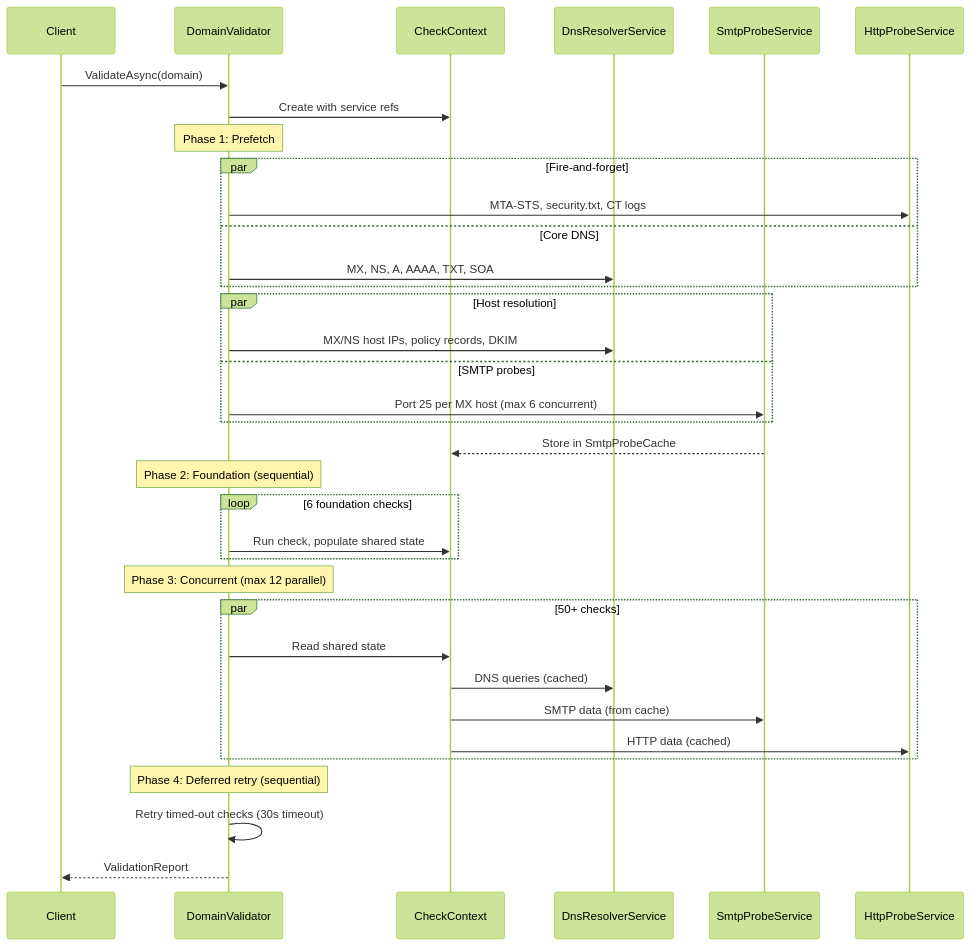
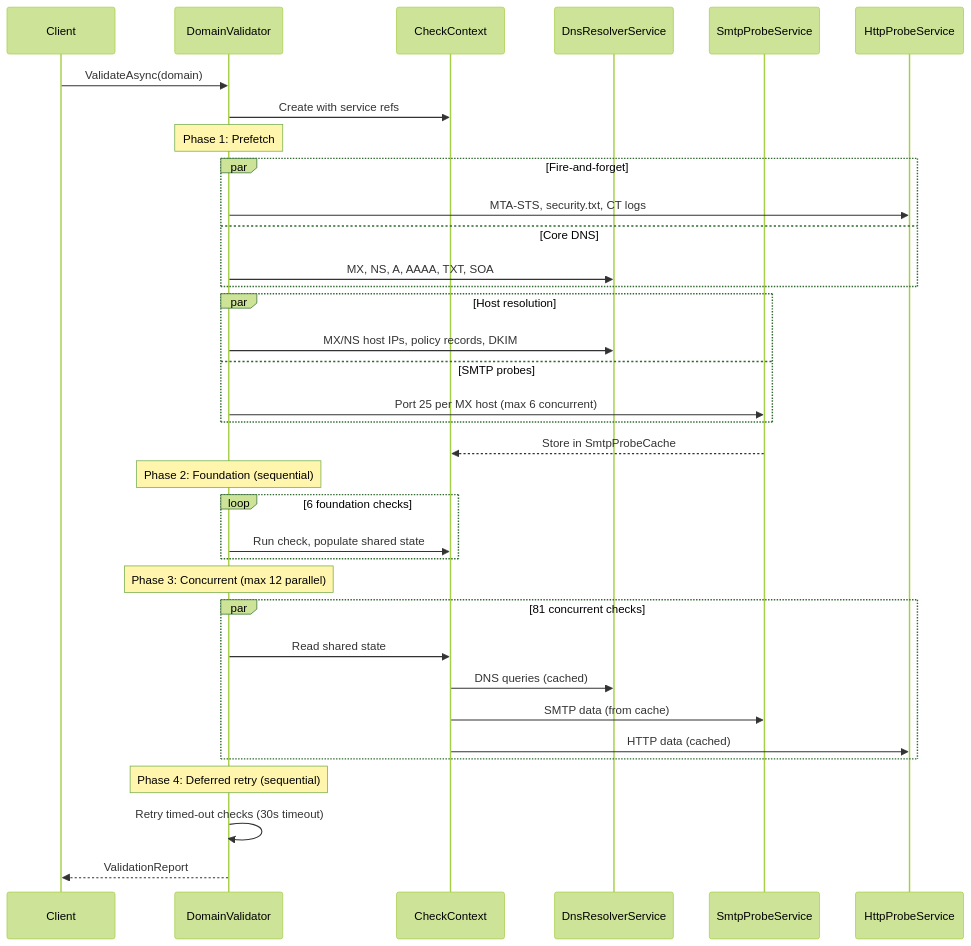
Before and after one commit to pkinerd/ednsv: the second of 2 diagrams in docs/validation-pipeline.md, drawn with Mermaid (forest theme). The commit also changed other lines of this file and 7 other files, not shown here.

````diff
--- a/docs/validation-pipeline.md
+++ b/docs/validation-pipeline.md
@@ -140,43 +140,43 @@
 ```mermaid
 sequenceDiagram
     participant Client
     participant DV as DomainValidator
     participant CTX as CheckContext
     participant DNS as DnsResolverService
     participant SMTP as SmtpProbeService
     participant HTTP as HttpProbeService
 
     Client->>DV: ValidateAsync(domain)
     DV->>CTX: Create with service refs
 
     Note over DV: Phase 1: Prefetch
     par Fire-and-forget
         DV->>HTTP: MTA-STS, security.txt, CT logs
     and Core DNS
         DV->>DNS: MX, NS, A, AAAA, TXT, SOA
     end
     par Host resolution
         DV->>DNS: MX/NS host IPs, policy records, DKIM
     and SMTP probes
         DV->>SMTP: Port 25 per MX host (max 6 concurrent)
     end
     SMTP-->>CTX: Store in SmtpProbeCache
 
     Note over DV: Phase 2: Foundation (sequential)
     loop 6 foundation checks
         DV->>CTX: Run check, populate shared state
     end
 
     Note over DV: Phase 3: Concurrent (max 12 parallel)
-    par 50+ checks
+    par 81 concurrent checks
         DV->>CTX: Read shared state
         CTX->>DNS: DNS queries (cached)
         CTX->>SMTP: SMTP data (from cache)
         CTX->>HTTP: HTTP data (cached)
     end
 
     Note over DV: Phase 4: Deferred retry (sequential)
     DV->>DV: Retry timed-out checks (30s timeout)
 
     DV-->>Client: ValidationReport
 ```
````
